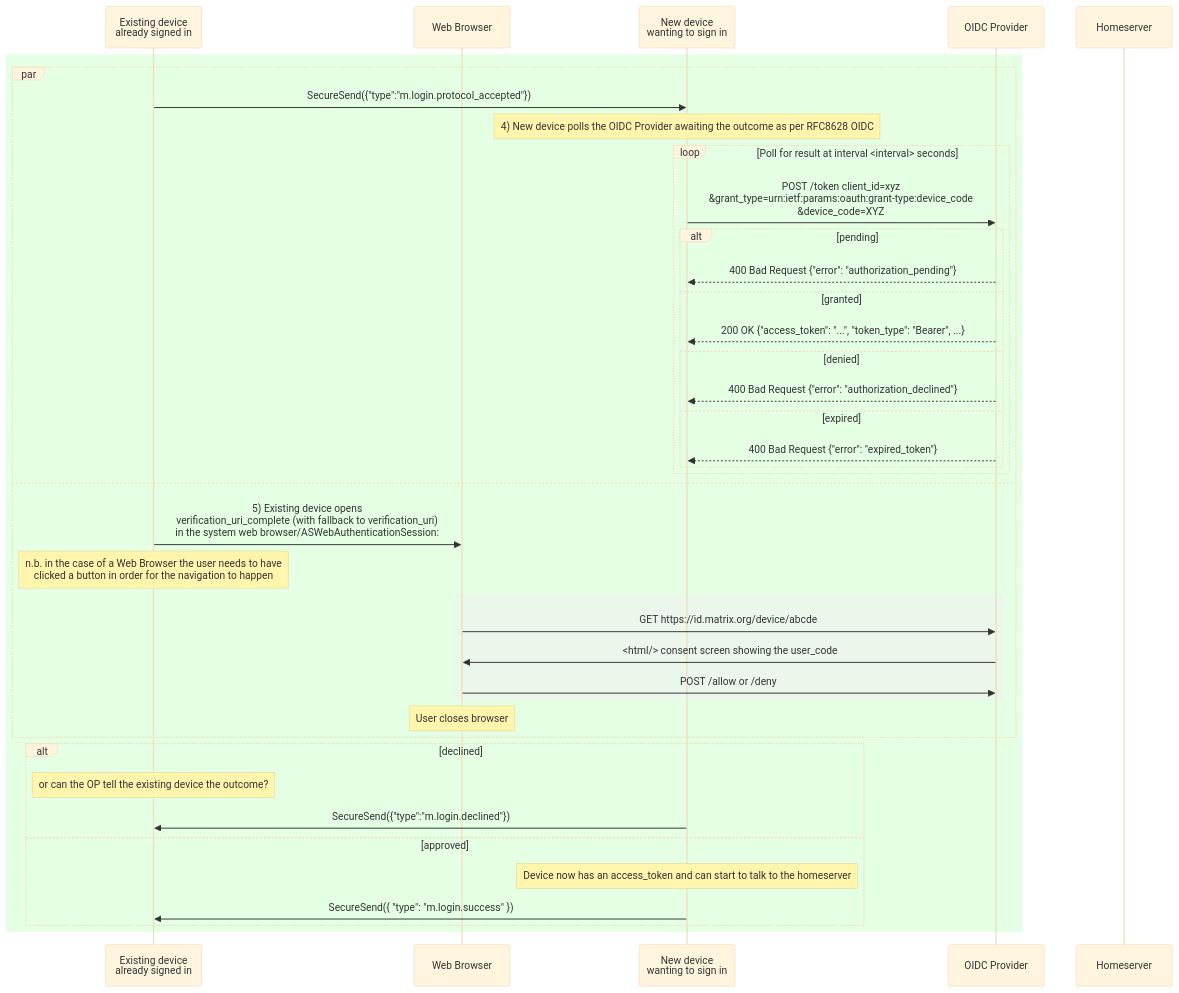
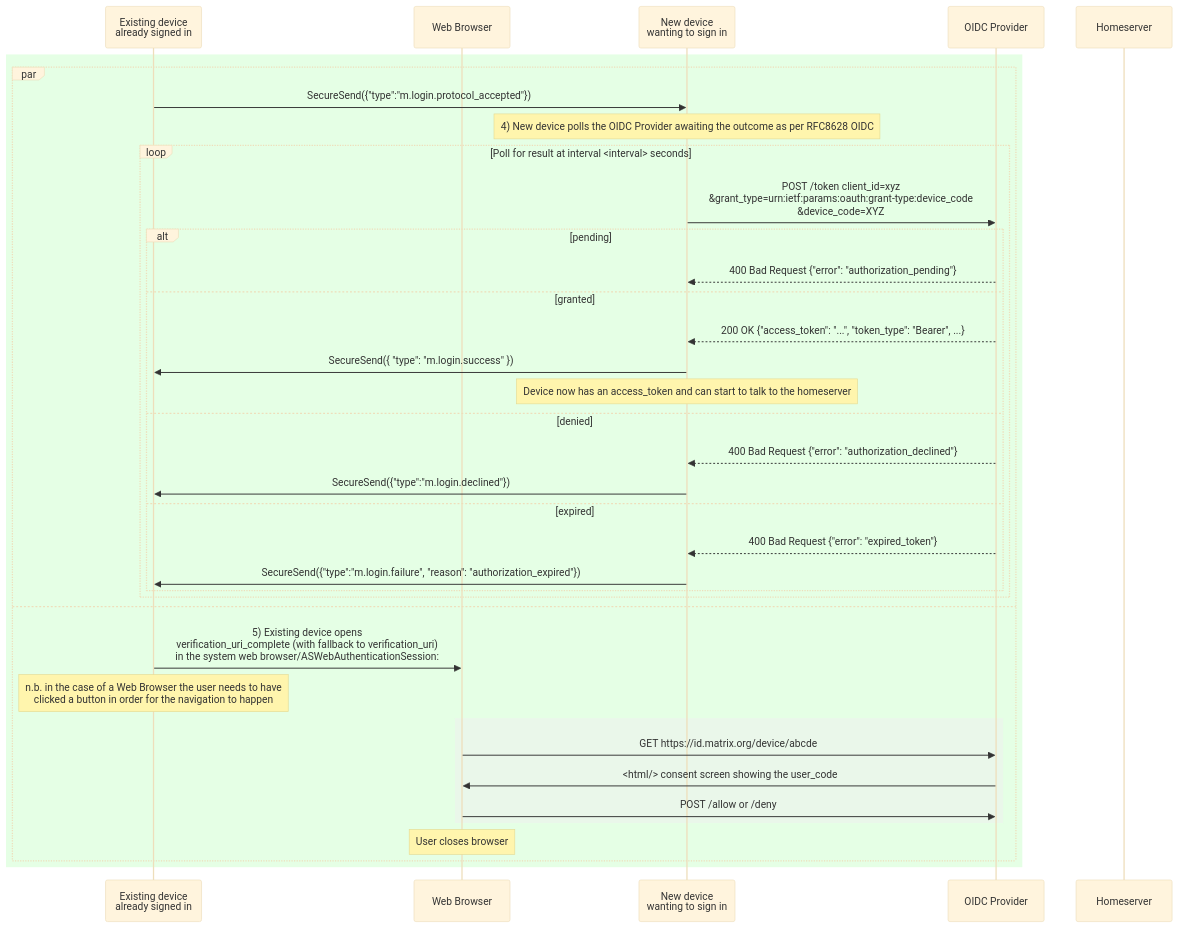
Before and after one commit to matrix-org/matrix-spec-proposals: the fifth of 6 diagrams in proposals/4108-oidc-qr-login.md, drawn with Mermaid (base theme). The commit also changed other lines of this file, not shown here.

````diff
--- a/proposals/4108-oidc-qr-login.md
+++ b/proposals/4108-oidc-qr-login.md
@@ -987,45 +987,41 @@
 ```mermaid
 sequenceDiagram
     participant E as Existing device <br>already signed in
     participant UA as Web Browser
     participant N as New device <br>wanting to sign in
     participant OP as OIDC Provider
     participant HS as Homeserver
 
     rect rgba(0,255,0, 0.1)
 
         par
             E->>N: SecureSend({"type":"m.login.protocol_accepted"})
         note over N: 4) New device polls the OIDC Provider awaiting the outcome as per RFC8628 OIDC
             loop Poll for result at interval <interval> seconds
                 N->>OP: POST /token client_id=xyz<br>&grant_type=urn:ietf:params:oauth:grant-type:device_code<br>&device_code=XYZ
                 alt pending
                     OP-->>N: 400 Bad Request {"error": "authorization_pending"}
                 else granted
                     OP-->>N: 200 OK {"access_token": "...", "token_type": "Bearer", ...}
+                    N->>E: SecureSend({ "type": "m.login.success" })
+                    Note over N: Device now has an access_token and can start to talk to the homeserver
                 else denied
                     OP-->>N: 400 Bad Request {"error": "authorization_declined"}
+                    N->>E: SecureSend({"type":"m.login.declined"})
                 else expired
                     OP-->>N: 400 Bad Request {"error": "expired_token"}
+                    N->>E: SecureSend({"type":"m.login.failure", "reason": "authorization_expired"})
                 end
             end
         and
             E->>UA: 5) Existing device opens <br>verification_uri_complete (with fallback to verification_uri)<br> in the system web browser/ASWebAuthenticationSession:
             Note over E: n.b. in the case of a Web Browser the user needs to have<br> clicked a button in order for the navigation to happen
             rect rgba(240,240,240,0.5)
                 UA->>OP: GET https://id.matrix.org/device/abcde
                 OP->>UA: <html/> consent screen showing the user_code
                 UA->>OP: POST /allow or /deny
             end
             Note over UA: User closes browser
         end
-        
-        alt declined
-            Note over E: or can the OP tell the existing device the outcome?
-            N->>E: SecureSend({"type":"m.login.declined"})
-        else approved
-            Note over N: Device now has an access_token and can start to talk to the homeserver
-            N->>E: SecureSend({ "type": "m.login.success" })
-        end
     end
 ```
````
